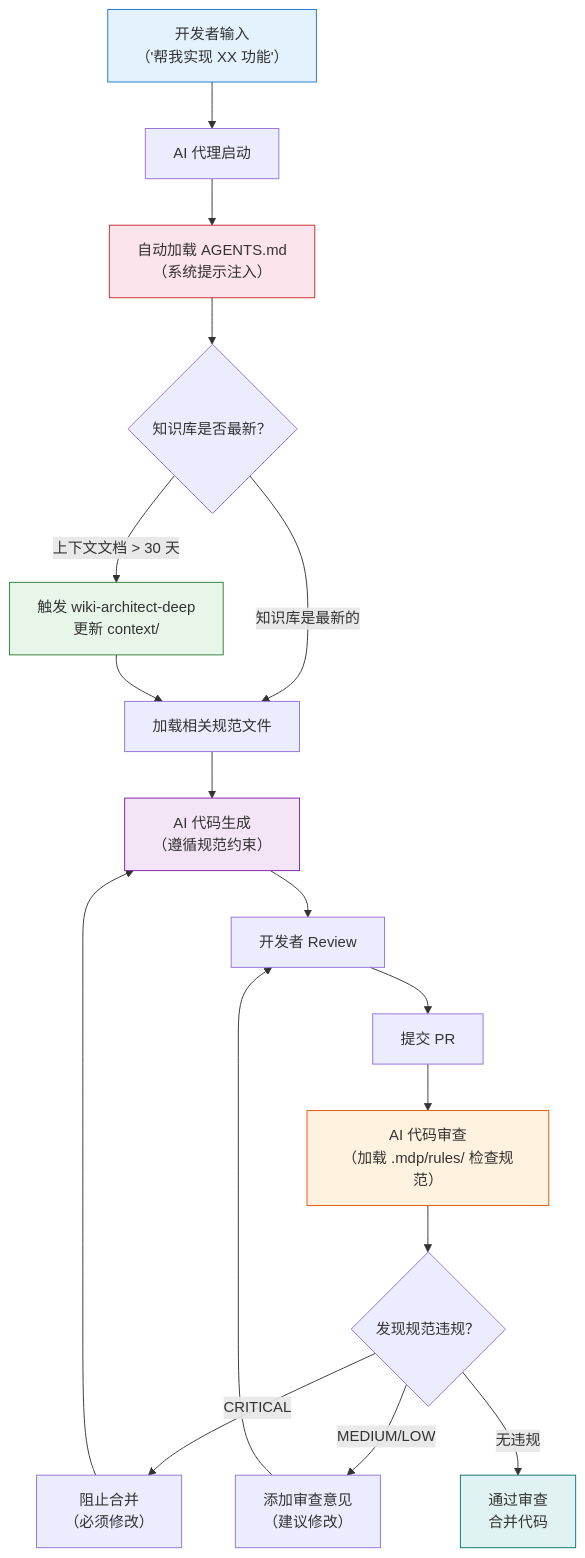
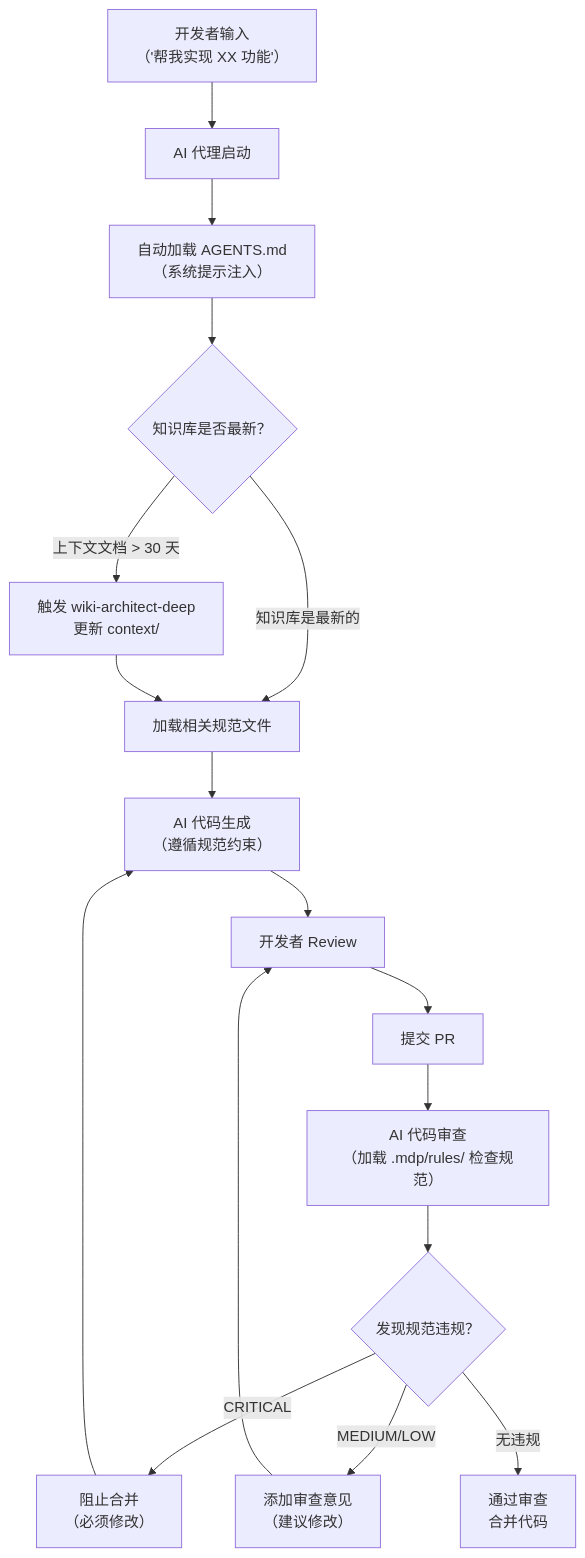
The fourth of 4 diagrams in ai-coding/knowledge-base.md (zlh-428/zlh-428), drawn with Mermaid before and after one commit. The commit also changed other lines of this file and 1 other file, not shown here.

First line of the commit message:
🩹 fix: remove Mermaid style directives for GitHub rendering

````diff
--- a/ai-coding/knowledge-base.md
+++ b/ai-coding/knowledge-base.md
@@ -468,30 +445,23 @@
 ```Mermaid
 flowchart TD
     A["开发者输入<br/>（'帮我实现 XX 功能'）"] --> B["AI 代理启动"]
     B --> C["自动加载 AGENTS.md<br/>（系统提示注入）"]
     C --> D{"知识库是否最新？"}
     
     D -->|"上下文文档 > 30 天"| E["触发 wiki-architect-deep<br/>更新 context/"]
     D -->|"知识库是最新的"| F["加载相关规范文件"]
     E --> F
     
     F --> G["AI 代码生成<br/>（遵循规范约束）"]
     G --> H["开发者 Review"]
     H --> I["提交 PR"]
     I --> J["AI 代码审查<br/>（加载 .mdp/rules/ 检查规范）"]
     J --> K{"发现规范违规？"}
     
     K -->|"CRITICAL"| L["阻止合并<br/>（必须修改）"]
     K -->|"MEDIUM/LOW"| M["添加审查意见<br/>（建议修改）"]
     K -->|"无违规"| N["通过审查<br/>合并代码"]
     
     L --> G
     M --> H
-    
-    style A fill:#e3f2fd,stroke:#1976D2
-    style C fill:#fce4ec,stroke:#C62828
-    style E fill:#e8f5e9,stroke:#2E7D32
-    style G fill:#f3e5f5,stroke:#7B1FA2
-    style J fill:#fff3e0,stroke:#E65100
-    style N fill:#e0f2f1,stroke:#00796B
 ```
````
